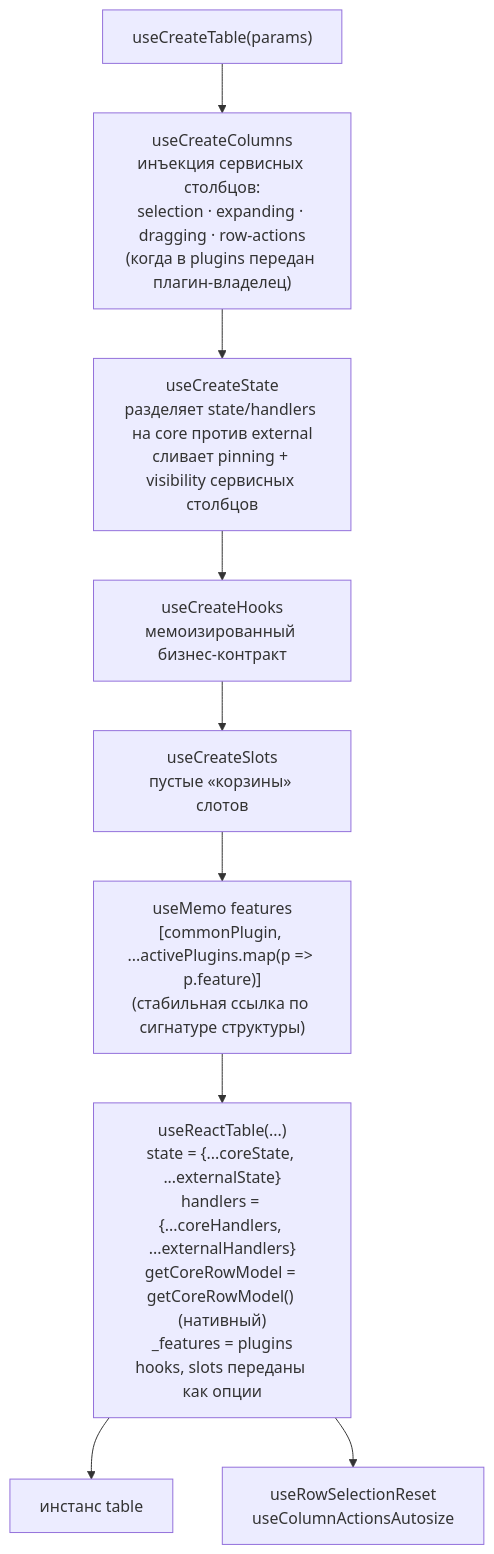
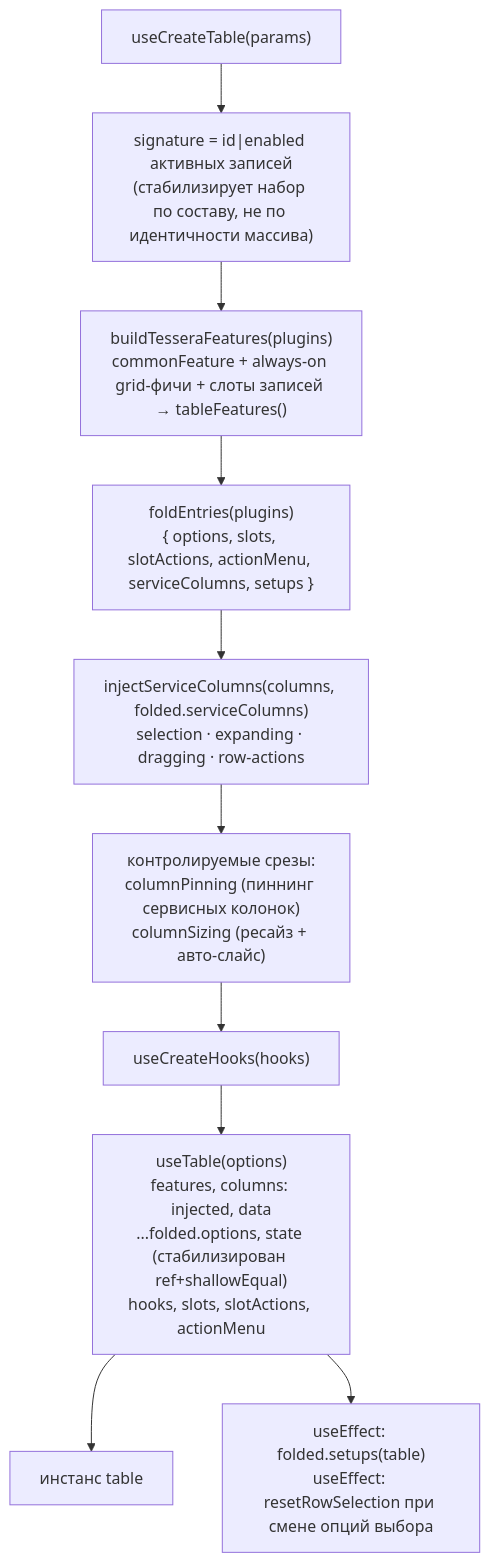
Before and after one commit to tessera-grid/tessera: the first of 2 diagrams in docs/architecture/table-assembly.md, drawn with Mermaid. The commit also changed other lines of this file and 9 other files, not shown here.

````diff
--- a/docs/architecture/table-assembly.md
+++ b/docs/architecture/table-assembly.md
@@ -29,17 +27,18 @@
 ```mermaid
 flowchart TB
     IN["useCreateTable(params)"]
 
-    COLS["useCreateColumns<br/>инъекция сервисных столбцов:<br/>selection · expanding · dragging · row-actions<br/>(когда в plugins передан плагин-владелец)"]
-    ST["useCreateState<br/>разделяет state/handlers на core против external<br/>сливает pinning + visibility сервисных столбцов"]
-    HK["useCreateHooks<br/>мемоизированный бизнес-контракт"]
-    SL["useCreateSlots<br/>пустые «корзины» слотов"]
-    PLG["useMemo features<br/>[commonPlugin, ...activePlugins.map(p =&gt; p.feature)]<br/>(стабильная ссылка по сигнатуре структуры)"]
+    SIG["signature = id|enabled активных записей<br/>(стабилизирует набор по составу, не по идентичности массива)"]
+    FEAT["buildTesseraFeatures(plugins)<br/>commonFeature + always-on grid-фичи + слоты записей → tableFeatures()"]
+    FOLD["foldEntries(plugins)<br/>{ options, slots, slotActions, actionMenu, serviceColumns, setups }"]
+    COLS["injectServiceColumns(columns, folded.serviceColumns)<br/>selection · expanding · dragging · row-actions"]
+    CTRL["контролируемые срезы:<br/>columnPinning (пиннинг сервисных колонок)<br/>columnSizing (ресайз + авто-слайс)"]
+    HK["useCreateHooks(hooks)"]
 
-    RT["useReactTable(...)<br/>state = {...coreState, ...externalState}<br/>handlers = {...coreHandlers, ...externalHandlers}<br/>getCoreRowModel = getCoreRowModel() (нативный)<br/>_features = plugins<br/>hooks, slots переданы как опции"]
+    RT["useTable(options)<br/>features, columns: injected, data<br/>...folded.options, state (стабилизирован ref+shallowEqual)<br/>hooks, slots, slotActions, actionMenu"]
 
     OUT["инстанс table"]
 
-    IN --> COLS --> ST --> HK --> SL --> PLG --> RT --> OUT
-    RT --> RESET["useRowSelectionReset<br/>useColumnActionsAutosize"]
+    IN --> SIG --> FEAT --> FOLD --> COLS --> CTRL --> HK --> RT --> OUT
+    RT --> EFF["useEffect: folded.setups(table)<br/>useEffect: resetRowSelection при смене опций выбора"]
 ```
````
